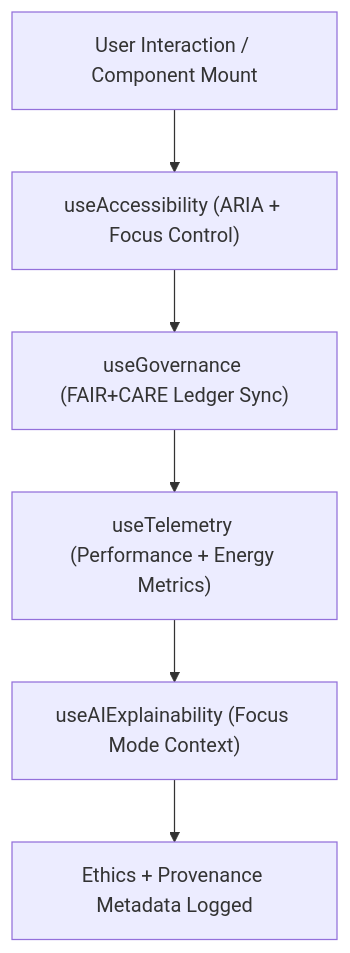
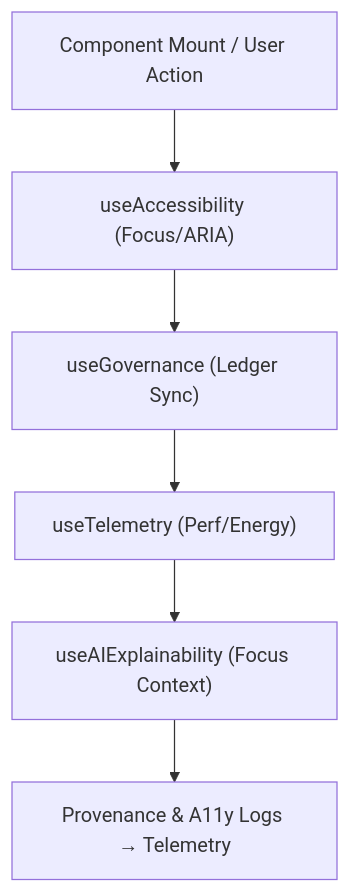
The diagram in web/src/hooks/README.md (bartytime4life/Kansas-Frontier-Matrix), drawn with Mermaid before and after one commit. The commit also changed other lines of this file, not shown here.

````diff
--- a/web/src/hooks/README.md
+++ b/web/src/hooks/README.md
@@ -65,8 +56,8 @@
 ```mermaid
 flowchart TD
-    A["User Interaction / Component Mount"] --> B["useAccessibility (ARIA + Focus Control)"]
-    B --> C["useGovernance (FAIR+CARE Ledger Sync)"]
-    C --> D["useTelemetry (Performance + Energy Metrics)"]
-    D --> E["useAIExplainability (Focus Mode Context)"]
-    E --> F["Ethics + Provenance Metadata Logged"]
+A["Component Mount / User Action"] --> B["useAccessibility (Focus/ARIA)"]
+B --> C["useGovernance (Ledger Sync)"]
+C --> D["useTelemetry (Perf/Energy)"]
+D --> E["useAIExplainability (Focus Context)"]
+E --> F["Provenance & A11y Logs → Telemetry"]
 ```
````
